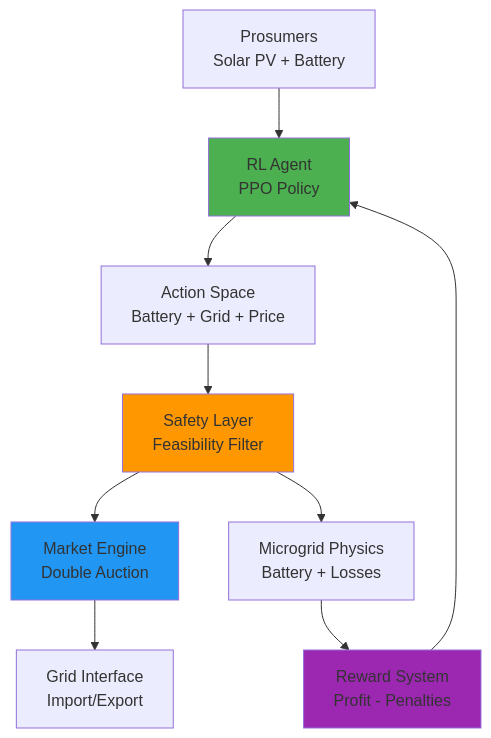
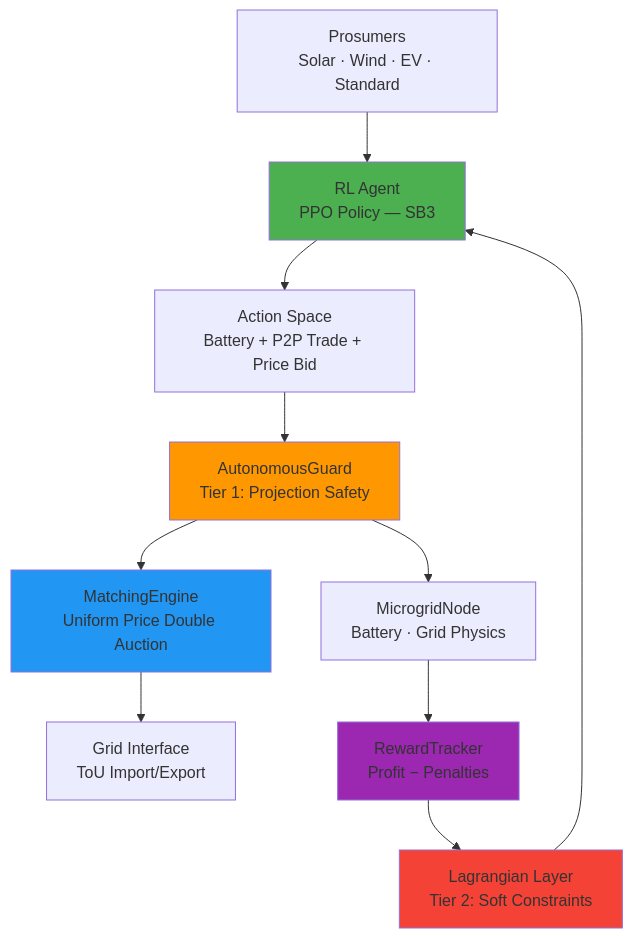
Before and after one commit to Sarvanpilli/P2P-RL-Model: the diagram in README.md, drawn with Mermaid. The commit also changed other lines of this file and 2 other files, not shown here.

Commit message:
feat: Update project overview with SLIM v2 framework details, benchmark results, and refined architecture.

````diff
--- a/README.md
+++ b/README.md
@@ -35,16 +35,18 @@
 ```mermaid
 graph TB
-    A[Prosumers<br/>Solar PV + Battery] --> B[RL Agent<br/>PPO Policy]
-    B --> C[Action Space<br/>Battery + Grid + Price]
-    C --> D[Safety Layer<br/>Feasibility Filter]
-    D --> E[Market Engine<br/>Double Auction]
-    E --> F[Grid Interface<br/>Import/Export]
-    D --> G[Microgrid Physics<br/>Battery + Losses]
-    G --> H[Reward System<br/>Profit - Penalties]
-    H --> B
-    
+    A[Prosumers<br/>Solar · Wind · EV · Standard] --> B[RL Agent<br/>PPO Policy — SB3]
+    B --> C[Action Space<br/>Battery + P2P Trade + Price Bid]
+    C --> D[AutonomousGuard<br/>Tier 1: Projection Safety]
+    D --> E[MatchingEngine<br/>Uniform Price Double Auction]
+    D --> G[MicrogridNode<br/>Battery · Grid Physics]
+    E --> F[Grid Interface<br/>ToU Import/Export]
+    G --> H[RewardTracker<br/>Profit − Penalties]
+    H --> I[Lagrangian Layer<br/>Tier 2: Soft Constraints]
+    I --> B
+
     style B fill:#4CAF50
     style D fill:#FF9800
     style E fill:#2196F3
     style H fill:#9C27B0
+    style I fill:#F44336
 ```
````
